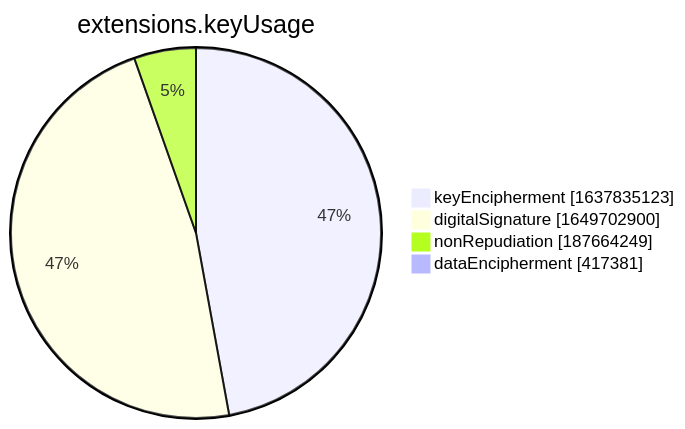
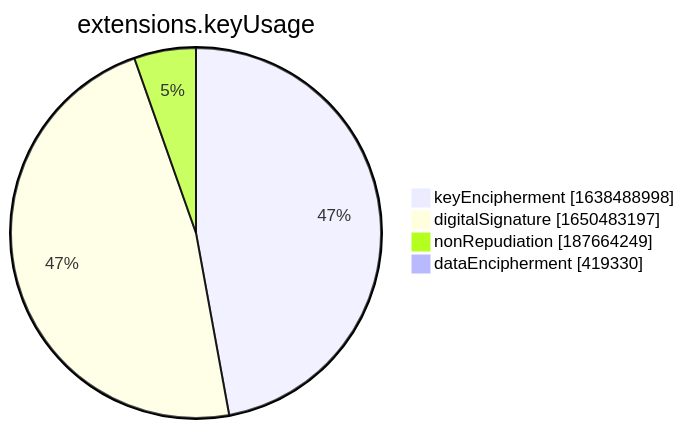
The seventh of 15 diagrams in xenon2022/README.md (christiankrug/ctmonitor_visualization), drawn with Mermaid before and after one commit. The commit also changed other lines of this file, not shown here.

````diff
--- a/xenon2022/README.md
+++ b/xenon2022/README.md
@@ -2856,8 +2856,8 @@
 ```mermaid
 pie showData
 title extensions.keyUsage
-"keyEncipherment" :1637835123
-"digitalSignature" :1649702900
+"keyEncipherment" :1638488998
+"digitalSignature" :1650483197
 "nonRepudiation" :187664249
-"dataEncipherment" :417381
+"dataEncipherment" :419330
 ```
````
